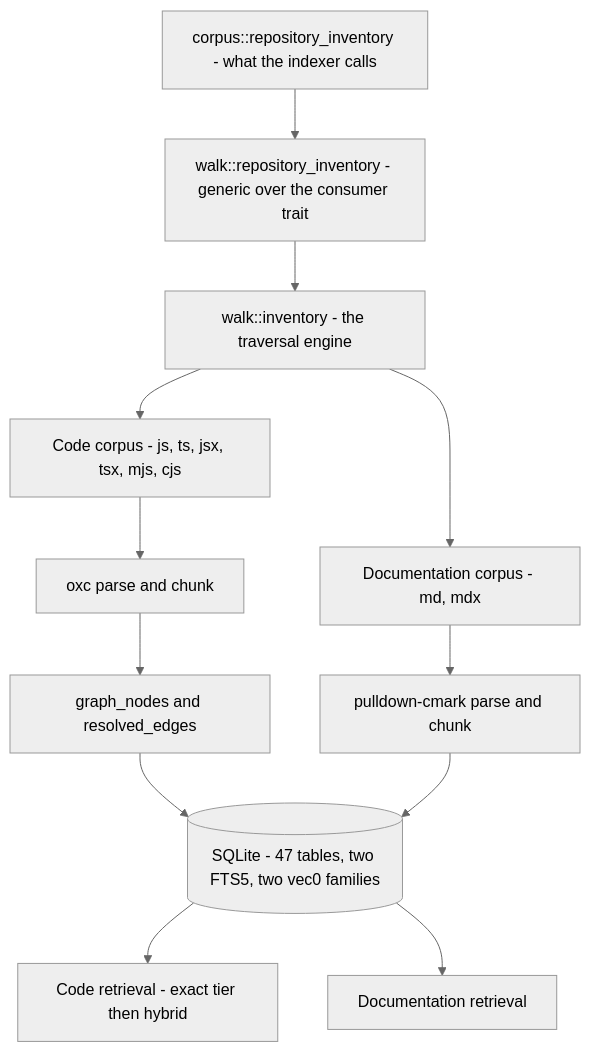
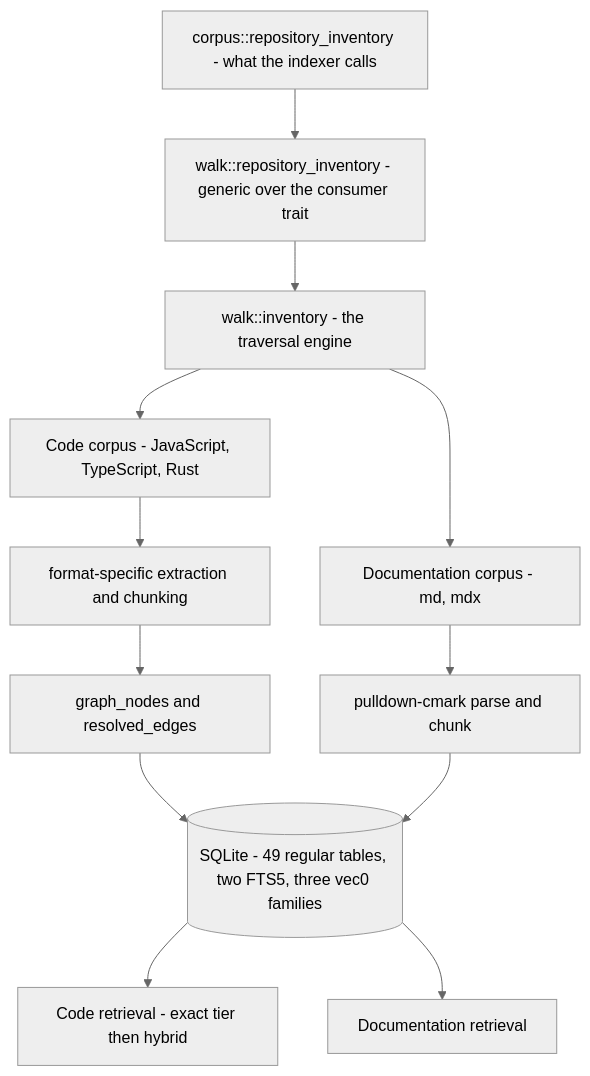
The diagram in docs/codebase-analysis/01-system-overview.md (iantocristian/jscout), drawn with Mermaid (neutral theme) before and after one commit. The commit also changed other lines of this file and 10 other files, not shown here.

Commit message:
docs: refresh architecture analysis for plane identities

````diff
--- a/docs/codebase-analysis/01-system-overview.md
+++ b/docs/codebase-analysis/01-system-overview.md
@@ -20,20 +20,20 @@
 ```mermaid
 flowchart TD
     ENTRY["corpus::repository_inventory - what the indexer calls"]
     WALK["walk::repository_inventory - generic over the consumer trait"]
     ENGINE["walk::inventory - the traversal engine"]
-    CODE["Code corpus - js, ts, jsx, tsx, mjs, cjs"]
+    CODE["Code corpus - JavaScript, TypeScript, Rust"]
     DOCS["Documentation corpus - md, mdx"]
-    OXC["oxc parse and chunk"]
+    OXC["format-specific extraction and chunking"]
     PROSE["pulldown-cmark parse and chunk"]
     GRAPH["graph_nodes and resolved_edges"]
-    DB[("SQLite - 47 tables, two FTS5, two vec0 families")]
+    DB[("SQLite - 49 regular tables, two FTS5, three vec0 families")]
     CQ["Code retrieval - exact tier then hybrid"]
     DQ["Documentation retrieval"]
 
     ENTRY --> WALK --> ENGINE
     ENGINE --> CODE --> OXC --> GRAPH --> DB
     ENGINE --> DOCS --> PROSE --> DB
     DB --> CQ
     DB --> DQ
 ```
````
